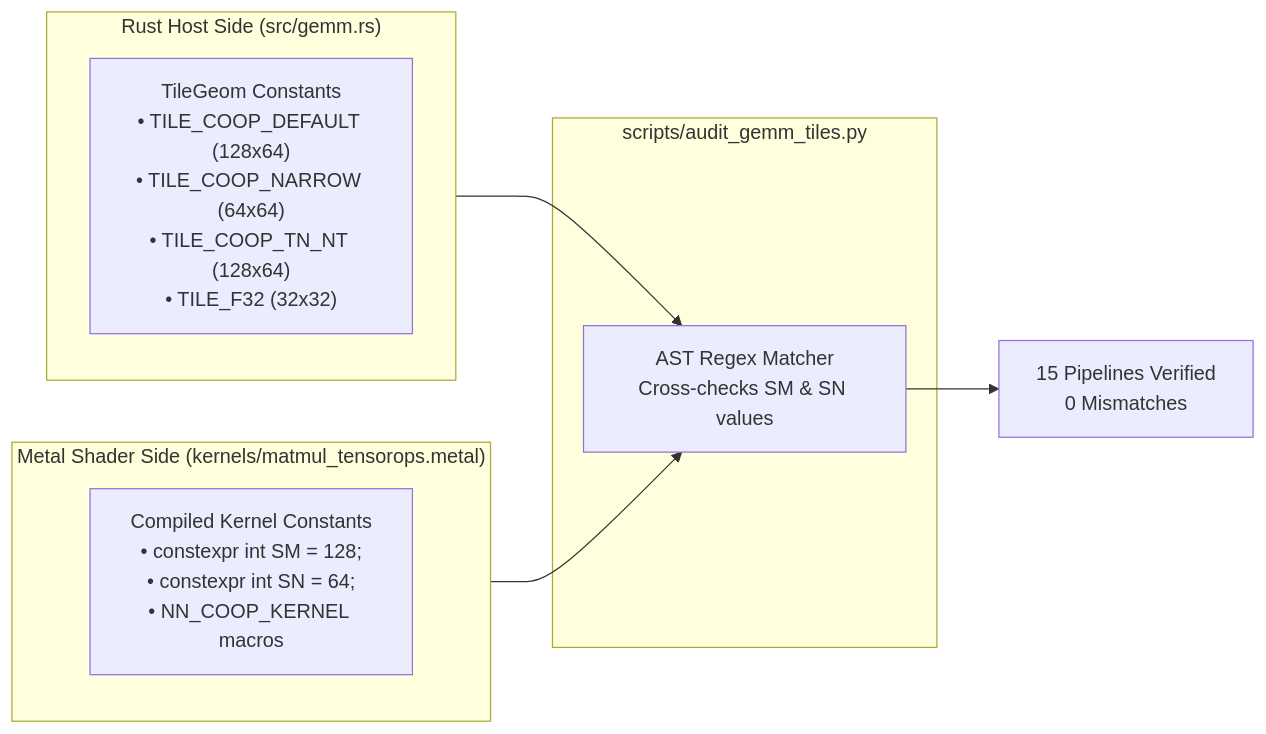
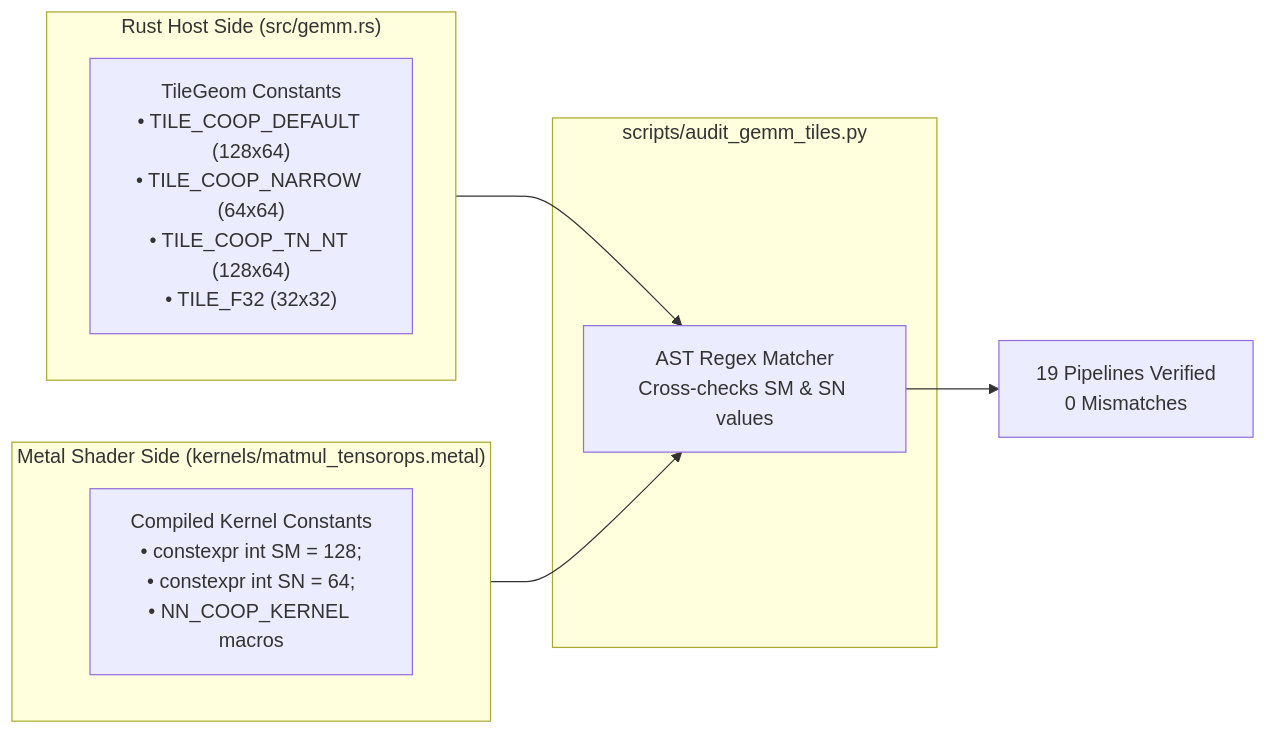
One commit to bharathvbcr/tessl changed the second of 4 diagrams in docs/verification.md. Above: the diagram before and after it, drawn with Mermaid. The commit also changed other lines of this file and 5 other files, not shown here.

Commit message:
docs: update architecture, verification, benchmarks, and changelog for short-M tiles and epilogues

````diff
--- a/docs/verification.md
+++ b/docs/verification.md
@@ -29,18 +29,18 @@
 ```mermaid
 flowchart LR
     subgraph RustLand["Rust Host Side (src/gemm.rs)"]
         TileDef["TileGeom Constants<br/>• TILE_COOP_DEFAULT (128x64)<br/>• TILE_COOP_NARROW (64x64)<br/>• TILE_COOP_TN_NT (128x64)<br/>• TILE_F32 (32x32)"]
     end
 
     subgraph Script["scripts/audit_gemm_tiles.py"]
         Extractor["AST Regex Matcher<br/>Cross-checks SM &amp; SN values"]
     end
 
     subgraph MetalLand["Metal Shader Side (kernels/matmul_tensorops.metal)"]
         ShaderDef["Compiled Kernel Constants<br/>• constexpr int SM = 128;<br/>• constexpr int SN = 64;<br/>• NN_COOP_KERNEL macros"]
     end
 
     RustLand --> Extractor
     MetalLand --> Extractor
-    Extractor --> Pass["15 Pipelines Verified<br/>0 Mismatches"]
+    Extractor --> Pass["19 Pipelines Verified<br/>0 Mismatches"]
 ```
````
